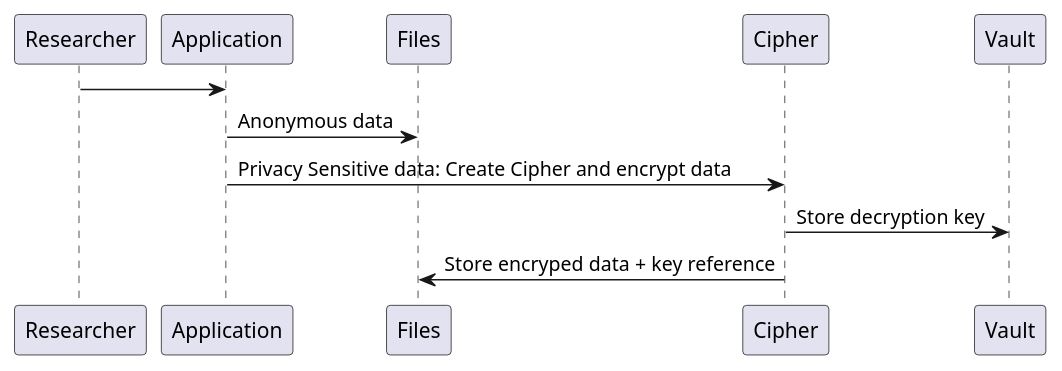
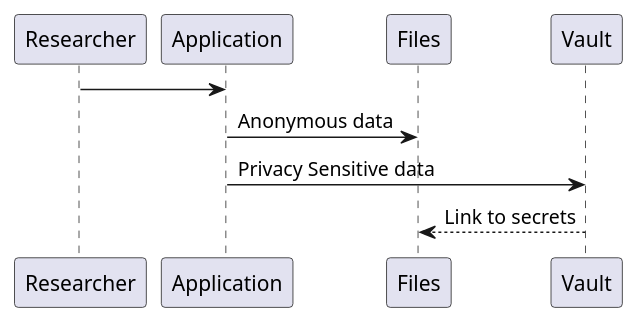
Before and after one commit to HarryKodden/SRAM-Token-Service: the diagram in README.md, drawn with PlantUML. The commit also changed other lines of this file and 1 other file, not shown here.

```diff
--- a/README.md
+++ b/README.md
@@ -61,7 +39,6 @@
 @startuml
 Researcher -> Application
 Application -> Files: Anonymous data
-Application -> Cipher: Privacy Sensitive data: Create Cipher and encrypt data
-Cipher -> Vault: Store decryption key
-Cipher -> Files: Store encryped data + key reference
+Application -> Vault: Privacy Sensitive data
+Files <-- Vault: Link to secrets
 @enduml
```
